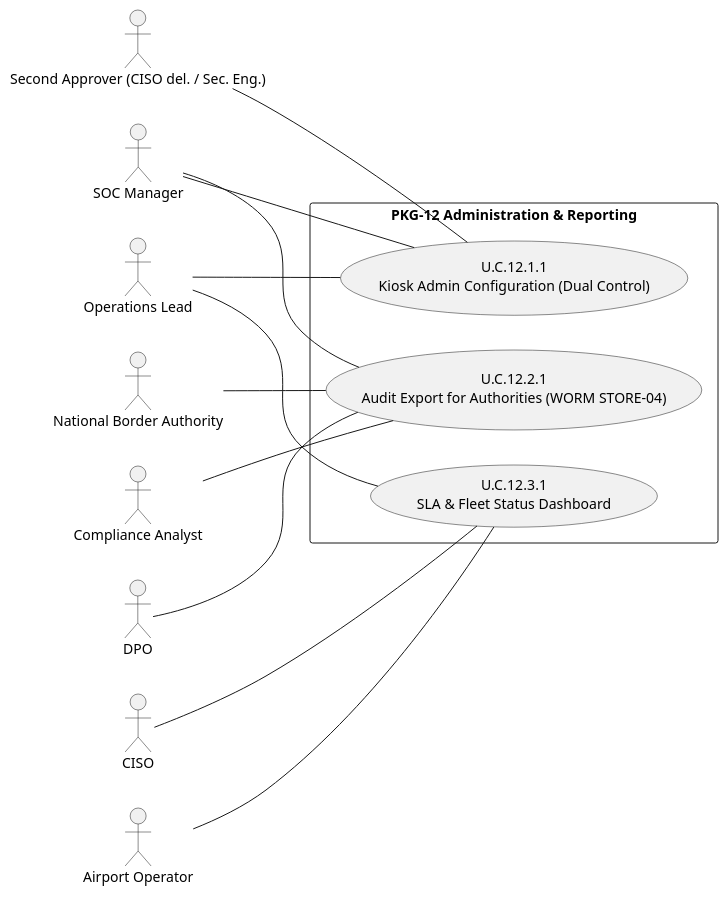
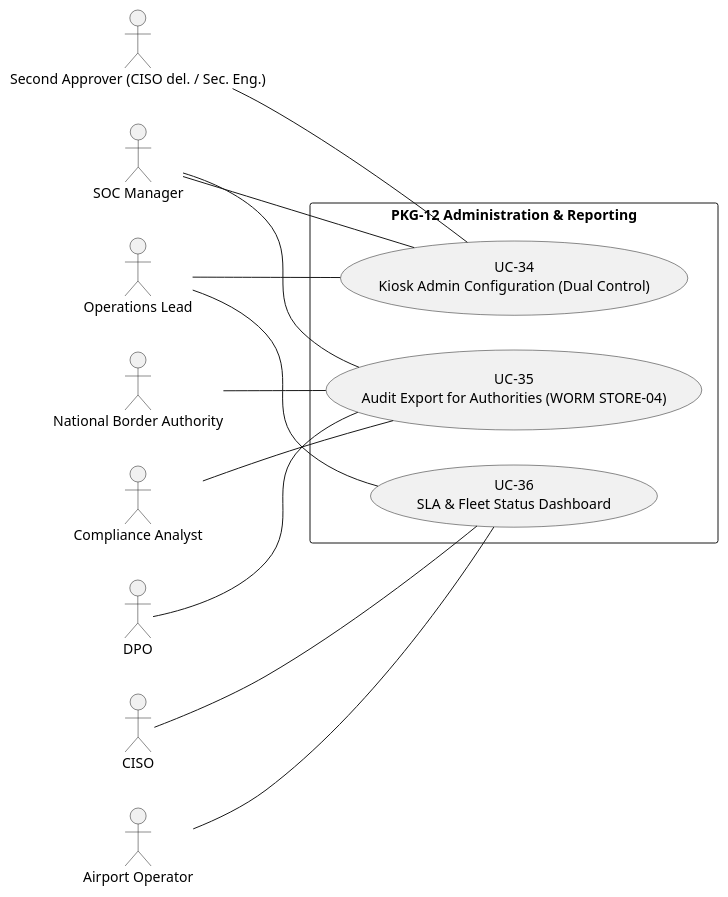
The sixth of 6 diagrams in 02_CASES/Case_02_SecureBorder_Solutions/03_PHASE3_DECOMPOSITION/annexes/A_Use_Case_Diagrams.md (pauloribeiro16/Methodology_compact), drawn with PlantUML before and after one commit. The commit also changed other lines of this file and 22 other files, not shown here.

Commit message:
[EXECUTOR] F3 RENUMBER Case_02: U.C.x flattened → UC-01..36 (compliance 01..15 + product 16..36), two-phase, 12 files, 6 SVGs re-rendered, xlsx regenerated; gates: pre-existing FAILs only, audit 100%, mermaid 192/192, smoke 16/16; 1 missed live ref (Doc23) re-anchored

````diff
--- a/02_CASES/Case_02_SecureBorder_Solutions/03_PHASE3_DECOMPOSITION/annexes/A_Use_Case_Diagrams.md
+++ b/02_CASES/Case_02_SecureBorder_Solutions/03_PHASE3_DECOMPOSITION/annexes/A_Use_Case_Diagrams.md
@@ -325,28 +330,28 @@
 ```plantuml
 @startuml
 left to right direction
 actor "Operations Lead" as OPS
 actor "Second Approver (CISO del. / Sec. Eng.)" as APPR
 actor "National Border Authority" as NBA
 actor "Compliance Analyst" as COMP
 actor "DPO" as DPO
 actor "SOC Manager" as SOC
 actor "CISO" as CISO
 actor "Airport Operator" as APT
 rectangle "PKG-12 Administration & Reporting" {
-usecase "U.C.12.1.1\nKiosk Admin Configuration (Dual Control)" as UC1211
-usecase "U.C.12.2.1\nAudit Export for Authorities (WORM STORE-04)" as UC1221
-usecase "U.C.12.3.1\nSLA & Fleet Status Dashboard" as UC1231
+usecase "UC-34\nKiosk Admin Configuration (Dual Control)" as UC1211
+usecase "UC-35\nAudit Export for Authorities (WORM STORE-04)" as UC1221
+usecase "UC-36\nSLA & Fleet Status Dashboard" as UC1231
 }
 OPS -- UC1211
 OPS -- UC1231
 APPR -- UC1211
 NBA -- UC1221
 COMP -- UC1221
 DPO -- UC1221
 SOC -- UC1211
 SOC -- UC1221
 CISO -- UC1231
 APT -- UC1231
 @enduml
 ```
````
